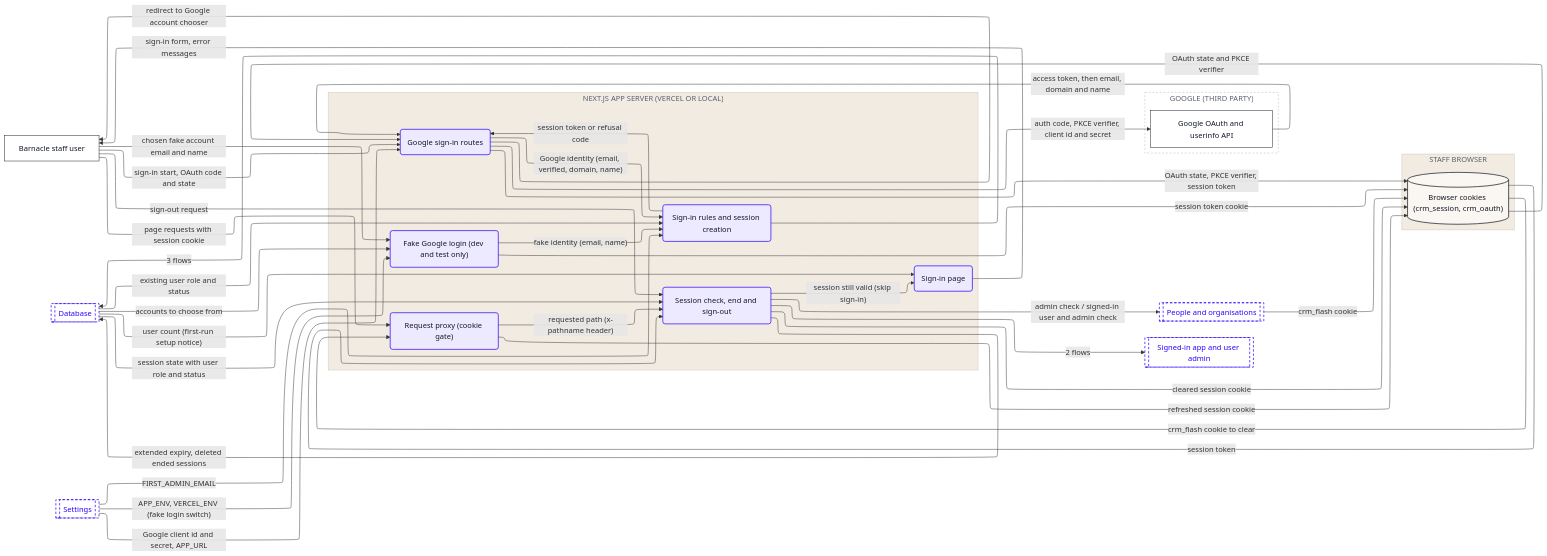
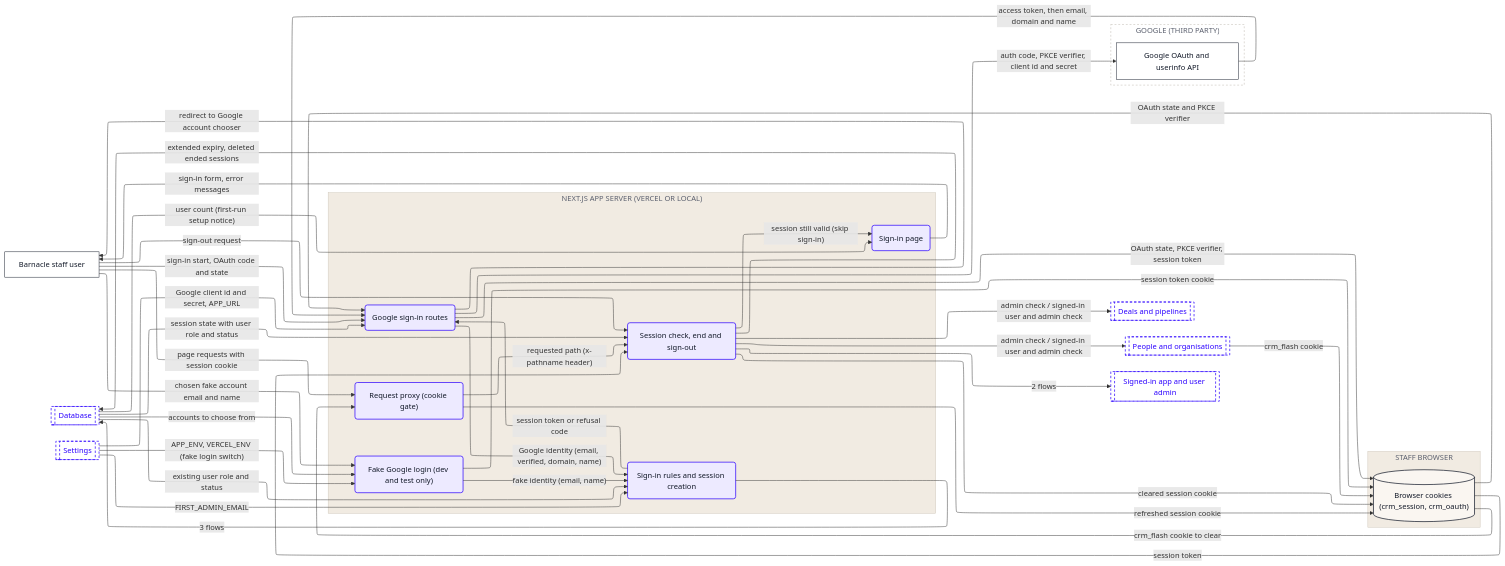
The eighth of 9 diagrams in dataflow/DATAFLOW.md (Romain-Perche/Barnacle-Pipe), drawn with Mermaid before and after one commit. The commit also changed other lines of this file and 12 other files, not shown here.

````diff
--- a/dataflow/DATAFLOW.md
+++ b/dataflow/DATAFLOW.md
@@ -295,71 +366,73 @@
 ```mermaid
 ---
 config:
   layout: elk
 ---
 flowchart LR
     n1["Barnacle staff user"]
     subgraph z1["NEXT.JS APP SERVER (VERCEL OR LOCAL)"]
         n2("Sign-in rules and session creation")
         n3("Fake Google login (dev and test only)")
         n4("Google sign-in routes")
         n5("Request proxy (cookie gate)")
         n6("Session check, end and sign-out")
         n7("Sign-in page")
     end
     subgraph z2["STAFF BROWSER"]
         n8[("Browser cookies (crm_session, crm_oauth)")]
     end
     subgraph z3["GOOGLE (THIRD PARTY)"]
         n9["Google OAuth and userinfo API"]
     end
     n10[["Database"]]
-    n11[["People and organisations"]]
-    n12[["Settings"]]
-    n13[["Signed-in app and user admin"]]
+    n11[["Deals and pipelines"]]
+    n12[["People and organisations"]]
+    n13[["Settings"]]
+    n14[["Signed-in app and user admin"]]
     n8 -->|"OAuth state and PKCE verifier"| n4
     n8 -->|"crm_flash cookie to clear"| n5
     n8 -->|"session token"| n6
     n2 -->|"session token or refusal code"| n4
     n2 -->|"3 flows"| n10
-    n12 -->|"FIRST_ADMIN_EMAIL"| n2
-    n12 -->|"APP_ENV, VERCEL_ENV (fake login switch)"| n3
-    n12 -->|"Google client id and secret, APP_URL"| n4
+    n13 -->|"FIRST_ADMIN_EMAIL"| n2
+    n13 -->|"APP_ENV, VERCEL_ENV (fake login switch)"| n3
+    n13 -->|"Google client id and secret, APP_URL"| n4
     n3 -->|"session token cookie"| n8
     n3 -->|"fake identity (email, name)"| n2
     n4 -->|"OAuth state, PKCE verifier, session token"| n8
     n4 -->|"Google identity (email, verified, domain, name)"| n2
     n4 -->|"auth code, PKCE verifier, client id and secret"| n9
     n4 -->|"redirect to Google account chooser"| n1
     n9 -->|"access token, then email, domain and name"| n4
     n5 -->|"refreshed session cookie"| n8
     n5 -->|"requested path (x-pathname header)"| n6
-    n11 -->|"crm_flash cookie"| n8
-    n6 -->|"2 flows"| n13
+    n12 -->|"crm_flash cookie"| n8
+    n6 -->|"2 flows"| n14
     n6 -->|"cleared session cookie"| n8
+    n6 -->|"admin check / signed-in user and admin check"| n12
     n6 -->|"admin check / signed-in user and admin check"| n11
     n6 -->|"extended expiry, deleted ended sessions"| n10
     n6 -->|"session still valid (skip sign-in)"| n7
     n10 -->|"session state with user role and status"| n6
     n7 -->|"sign-in form, error messages"| n1
     n1 -->|"chosen fake account email and name"| n3
     n1 -->|"sign-in start, OAuth code and state"| n4
     n1 -->|"page requests with session cookie"| n5
     n1 -->|"sign-out request"| n6
     n10 -->|"existing user role and status"| n2
     n10 -->|"accounts to choose from"| n3
     n10 -->|"user count (first-run setup notice)"| n7
     classDef actor fill:#FFFFFF,stroke:#111827,stroke-width:1px,color:#111827
     classDef process fill:#EDEAFF,stroke:#2B00FF,stroke-width:1.5px,color:#111827
     classDef store fill:#FAF6F1,stroke:#111827,stroke-width:1.5px,color:#111827
     classDef zone fill:#1A1A1A,stroke:#1A1A1A,color:#FFFFFF
     classDef group fill:#2B00FF,stroke:#2B00FF,color:#FFFFFF
     classDef stub fill:#FFFFFF,stroke:#2B00FF,stroke-width:1.5px,stroke-dasharray:5 4,color:#2B00FF
     class n1,n9 actor
     class n2,n3,n4,n5,n6,n7 process
     class n8 store
-    class n10,n11,n12,n13 stub
+    class n10,n11,n12,n13,n14 stub
     style z1 fill:#F1EBE2,stroke:#CFC7BB,color:#5D6270
     style z2 fill:#F1EBE2,stroke:#CFC7BB,color:#5D6270
     style z3 fill:#FFFFFF,stroke:#B9B2A8,stroke-dasharray:4 4,color:#5D6270
 ```
````
